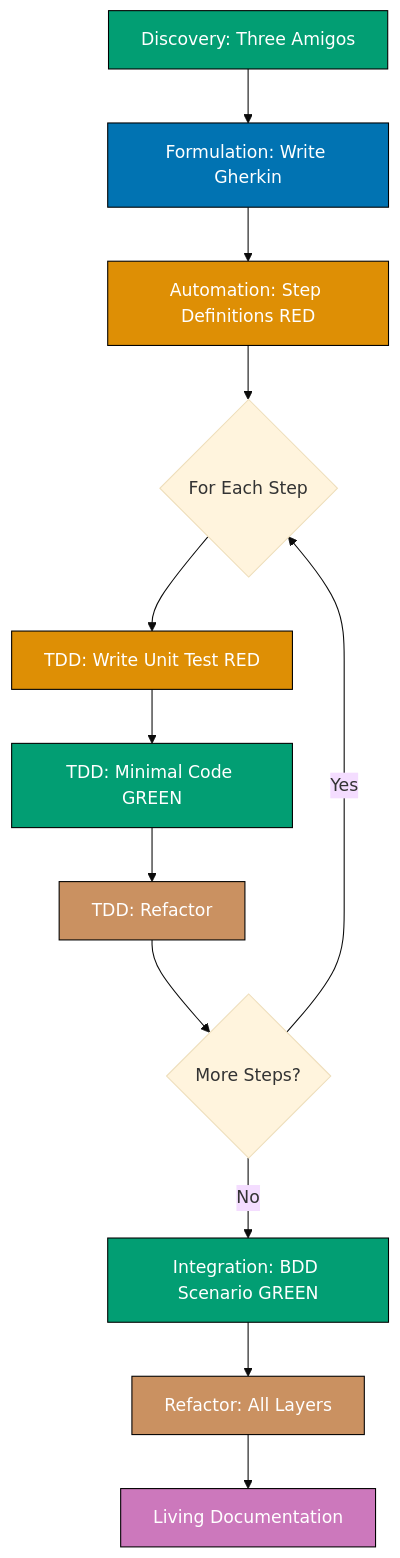
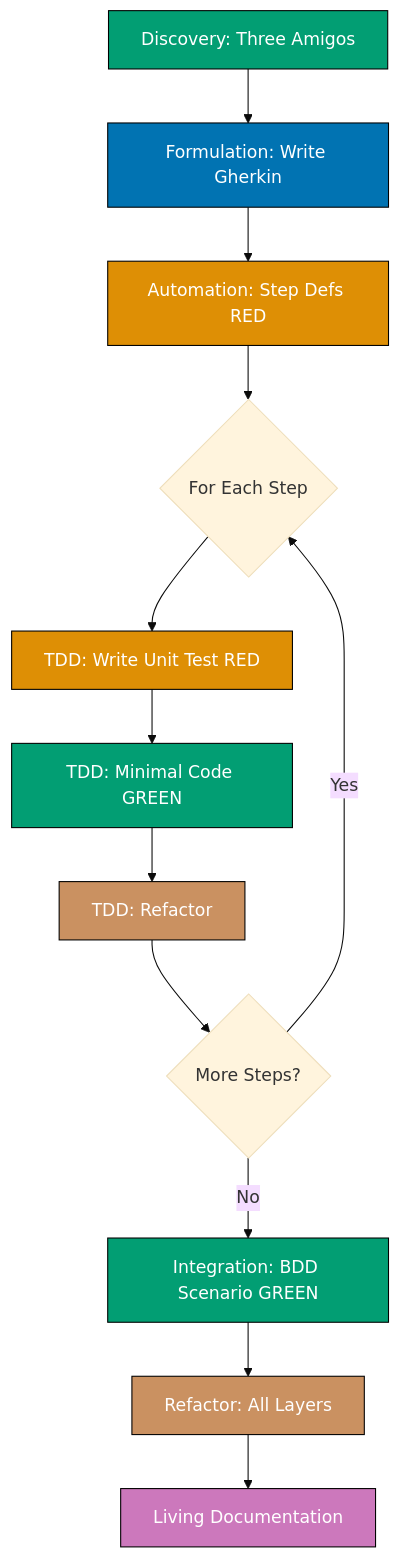
One commit to wahidyankf/open-sharia-enterprise changed the second of 2 diagrams in docs/explanation/software-engineering/development/README.md. Above: the diagram before and after it, drawn with Mermaid (base theme). The commit also changed 8 other files, not shown here.

First line of the commit message:
fix(docs): fix remaining mermaid violations

````diff
--- a/docs/explanation/software-engineering/development/README.md
+++ b/docs/explanation/software-engineering/development/README.md
@@ -142,26 +142,26 @@
 ```mermaid
 graph TD
     A[Discovery: Three Amigos] --> B[Formulation: Write Gherkin]
-    B --> C[Automation: Step Definitions RED]
+    B --> C[Automation: Step Defs RED]
     C --> D{For Each Step}
 
     D --> E[TDD: Write Unit Test RED]
     E --> F[TDD: Minimal Code GREEN]
     F --> G[TDD: Refactor]
     G --> H{More Steps?}
 
     H -->|Yes| D
     H -->|No| I[Integration: BDD Scenario GREEN]
     I --> J[Refactor: All Layers]
     J --> K[Living Documentation]
 
     style A fill:#029E73,stroke:#000000,color:#FFFFFF
     style B fill:#0173B2,stroke:#000000,color:#FFFFFF
     style C fill:#DE8F05,stroke:#000000,color:#FFFFFF
     style E fill:#DE8F05,stroke:#000000,color:#FFFFFF
     style F fill:#029E73,stroke:#000000,color:#FFFFFF
     style G fill:#CA9161,stroke:#000000,color:#FFFFFF
     style I fill:#029E73,stroke:#000000,color:#FFFFFF
     style J fill:#CA9161,stroke:#000000,color:#FFFFFF
     style K fill:#CC78BC,stroke:#000000,color:#FFFFFF
 ```
````
